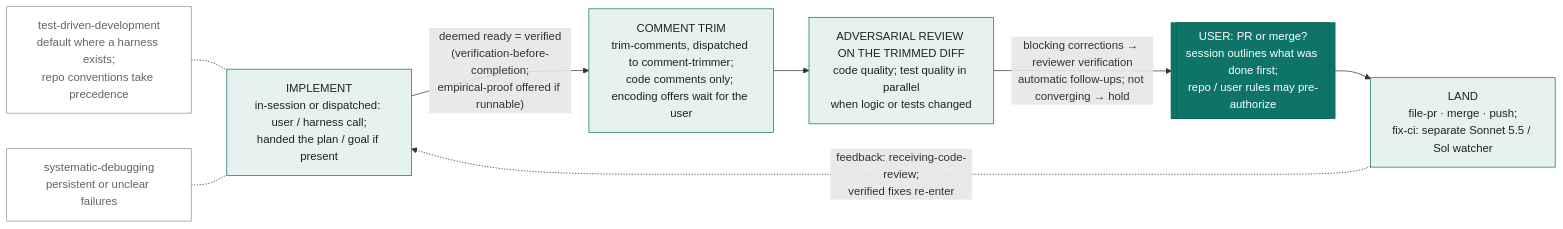
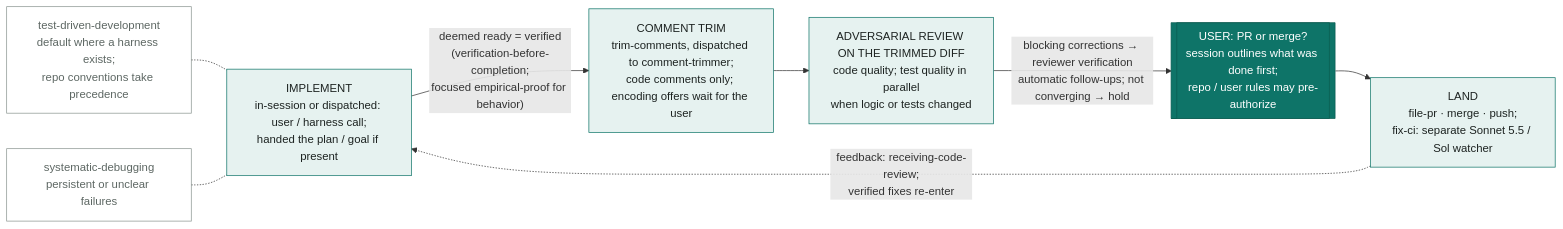
One commit to giostriquer/workshop changed the second of 2 diagrams in docs/workbench-flow.md. Above: the diagram before and after it, drawn with Mermaid. The commit also changed other lines of this file and 34 other files, not shown here.

First line of the commit message:
feat(workbench): require focused consumer proof before completion

````diff
--- a/docs/workbench-flow.md
+++ b/docs/workbench-flow.md
@@ -39,21 +39,21 @@
 ```mermaid
 flowchart LR
     classDef gate fill:#0e7468,stroke:#0a5c52,color:#ffffff
     classDef stage fill:#e6f2f0,stroke:#0e7468,color:#1d2321
     classDef sat fill:none,stroke:#8a948f,color:#5d6763
 
     TDD["test-driven-development<br/>default where a harness exists;<br/>repo conventions take precedence"]:::sat -.- I
     SD["systematic-debugging<br/>persistent or unclear failures"]:::sat -.- I
 
     I["IMPLEMENT<br/>in-session or dispatched: user / harness call;<br/>handed the plan / goal if present"]:::stage
     TR["COMMENT TRIM<br/>trim-comments, dispatched to comment-trimmer;<br/>code comments only; encoding offers wait for the user"]:::stage
     AR["ADVERSARIAL REVIEW ON THE TRIMMED DIFF<br/>code quality; test quality in parallel<br/>when logic or tests changed"]:::stage
     OG[["USER: PR or merge?<br/>session outlines what was done first;<br/>repo / user rules may pre-authorize"]]:::gate
     L["LAND<br/>file-pr · merge · push;<br/>fix-ci: separate Sonnet 5.5 / Sol watcher"]:::stage
 
-    I -->|"deemed ready = verified<br/>(verification-before-completion;<br/>empirical-proof offered if runnable)"| TR
+    I -->|"deemed ready = verified<br/>(verification-before-completion;<br/>focused empirical-proof for behavior)"| TR
     TR --> AR
     AR -->|"blocking corrections → reviewer verification<br/>automatic follow-ups; not converging → hold"| OG
     OG --> L
     L -.->|"feedback: receiving-code-review;<br/>verified fixes re-enter"| I
 ```
````
